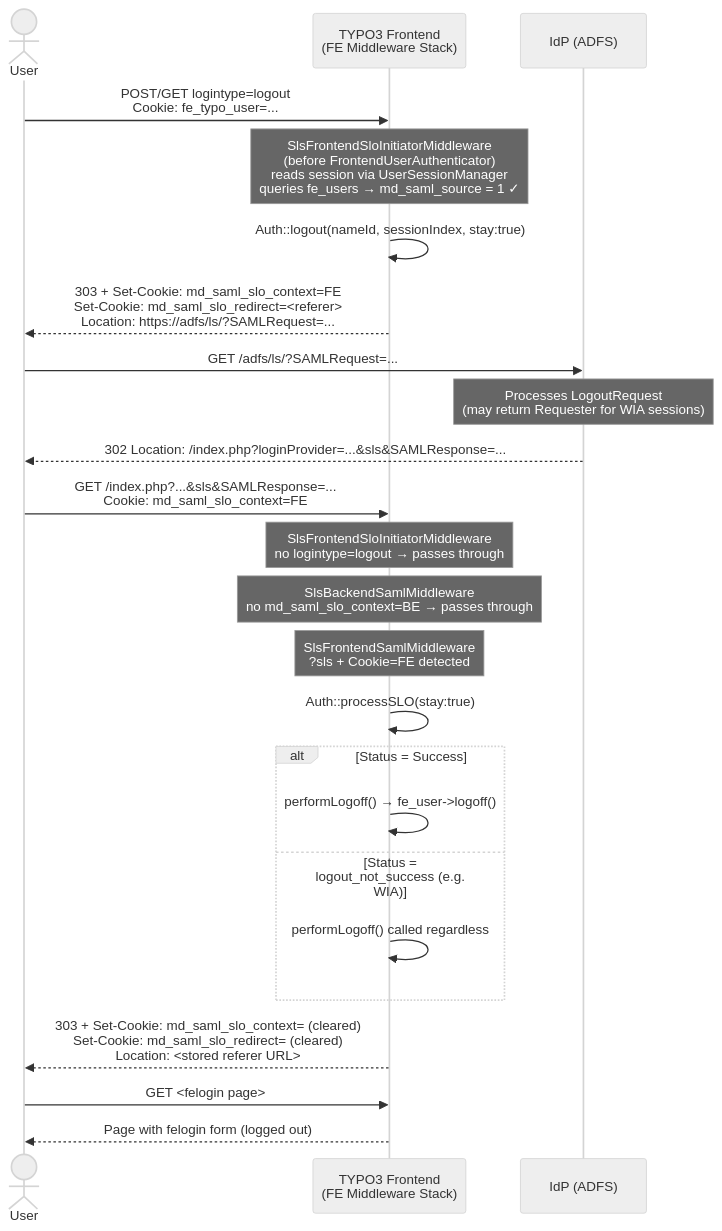
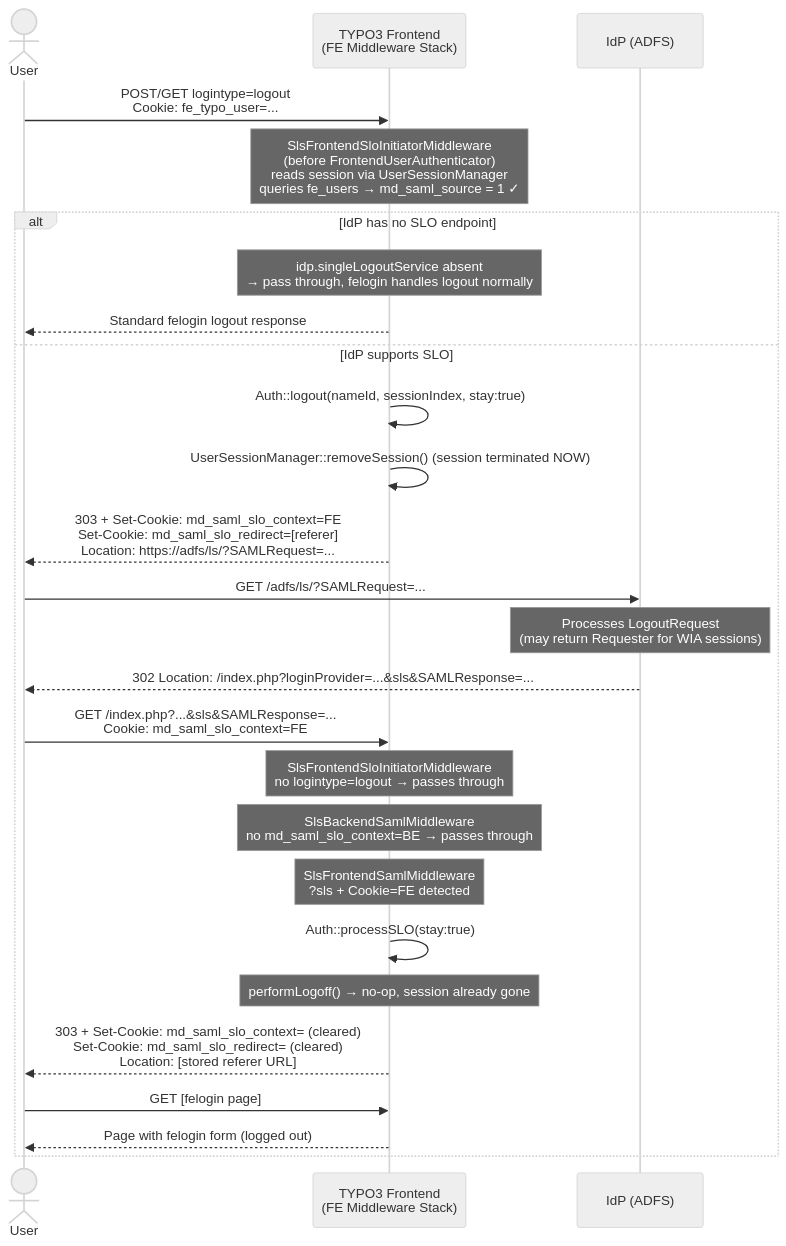
Before and after one commit to cdaecke/md_saml: the diagram in Documentation/FrontendLogout.md, drawn with Mermaid (neutral theme). The commit also changed other lines of this file and 5 other files, not shown here.

First line of the commit message:
[BUGFIX] make sure, that the BE/FE logout is working even if there is no logout service at the IdPs end or the IdP does not return for some reason.

````diff
--- a/Documentation/FrontendLogout.md
+++ b/Documentation/FrontendLogout.md
@@ -35,37 +42,38 @@
 ```mermaid
 sequenceDiagram
     actor User
     participant FE as TYPO3 Frontend<br/>(FE Middleware Stack)
     participant ADFS as IdP (ADFS)
 
     User->>FE: POST/GET logintype=logout<br/>Cookie: fe_typo_user=...
 
     note over FE: SlsFrontendSloInitiatorMiddleware<br/>(before FrontendUserAuthenticator)<br/>reads session via UserSessionManager<br/>queries fe_users → md_saml_source = 1 ✓
 
-    FE->>FE: Auth::logout(nameId, sessionIndex, stay:true)
-    FE-->>User: 303 + Set-Cookie: md_saml_slo_context=FE<br/>Set-Cookie: md_saml_slo_redirect=<referer><br/>Location: https://adfs/ls/?SAMLRequest=...
+    alt IdP has no SLO endpoint
+        note over FE: idp.singleLogoutService absent<br/>→ pass through, felogin handles logout normally
+        FE-->>User: Standard felogin logout response
+    else IdP supports SLO
+        FE->>FE: Auth::logout(nameId, sessionIndex, stay:true)
+        FE->>FE: UserSessionManager::removeSession() (session terminated NOW)
+        FE-->>User: 303 + Set-Cookie: md_saml_slo_context=FE<br/>Set-Cookie: md_saml_slo_redirect=[referer]<br/>Location: https://adfs/ls/?SAMLRequest=...
 
-    User->>ADFS: GET /adfs/ls/?SAMLRequest=...
-    note over ADFS: Processes LogoutRequest<br/>(may return Requester for WIA sessions)
-    ADFS-->>User: 302 Location: /index.php?loginProvider=...&sls&SAMLResponse=...
+        User->>ADFS: GET /adfs/ls/?SAMLRequest=...
+        note over ADFS: Processes LogoutRequest<br/>(may return Requester for WIA sessions)
+        ADFS-->>User: 302 Location: /index.php?loginProvider=...&sls&SAMLResponse=...
 
-    User->>FE: GET /index.php?...&sls&SAMLResponse=...<br/>Cookie: md_saml_slo_context=FE
+        User->>FE: GET /index.php?...&sls&SAMLResponse=...<br/>Cookie: md_saml_slo_context=FE
 
-    note over FE: SlsFrontendSloInitiatorMiddleware<br/>no logintype=logout → passes through
+        note over FE: SlsFrontendSloInitiatorMiddleware<br/>no logintype=logout → passes through
 
-    note over FE: SlsBackendSamlMiddleware<br/>no md_saml_slo_context=BE → passes through
+        note over FE: SlsBackendSamlMiddleware<br/>no md_saml_slo_context=BE → passes through
 
-    note over FE: SlsFrontendSamlMiddleware<br/>?sls + Cookie=FE detected
+        note over FE: SlsFrontendSamlMiddleware<br/>?sls + Cookie=FE detected
 
-    FE->>FE: Auth::processSLO(stay:true)
-    alt Status = Success
-        FE->>FE: performLogoff() → fe_user->logoff()
-    else Status = logout_not_success (e.g. WIA)
-        FE->>FE: performLogoff() called regardless
+        FE->>FE: Auth::processSLO(stay:true)
+        note over FE: performLogoff() → no-op, session already gone
+        FE-->>User: 303 + Set-Cookie: md_saml_slo_context= (cleared)<br/>Set-Cookie: md_saml_slo_redirect= (cleared)<br/>Location: [stored referer URL]
+
+        User->>FE: GET [felogin page]
+        FE-->>User: Page with felogin form (logged out)
     end
-
-    FE-->>User: 303 + Set-Cookie: md_saml_slo_context= (cleared)<br/>Set-Cookie: md_saml_slo_redirect= (cleared)<br/>Location: <stored referer URL>
-
-    User->>FE: GET <felogin page>
-    FE-->>User: Page with felogin form (logged out)
 ```
````
